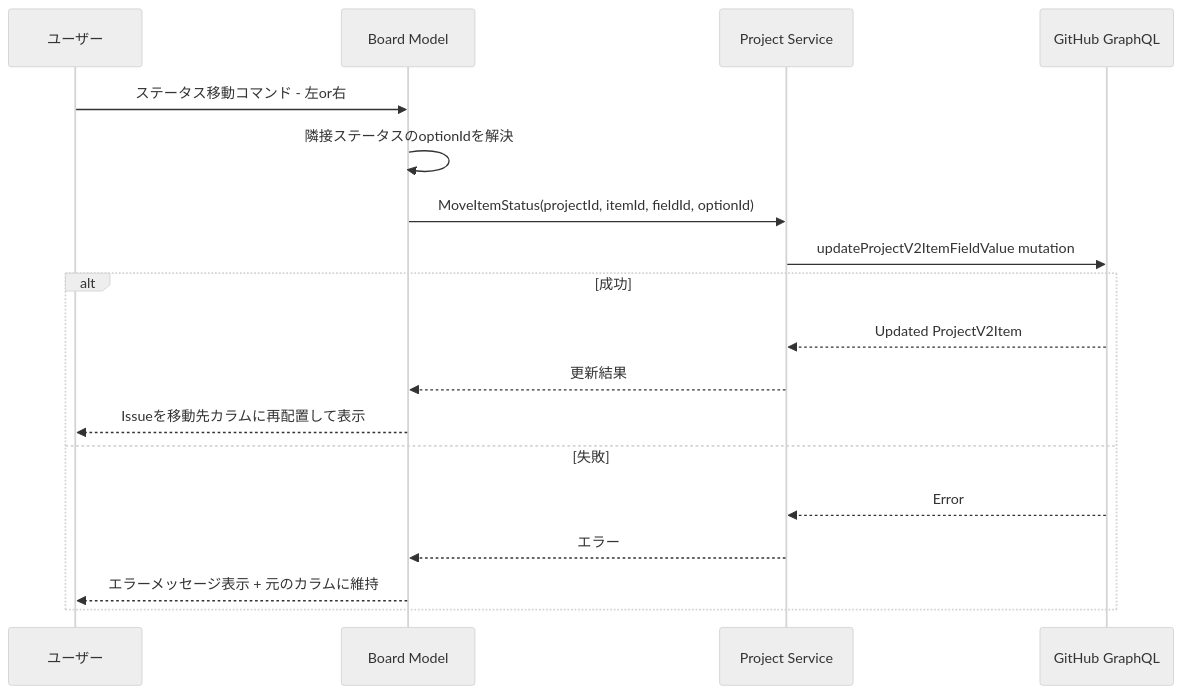
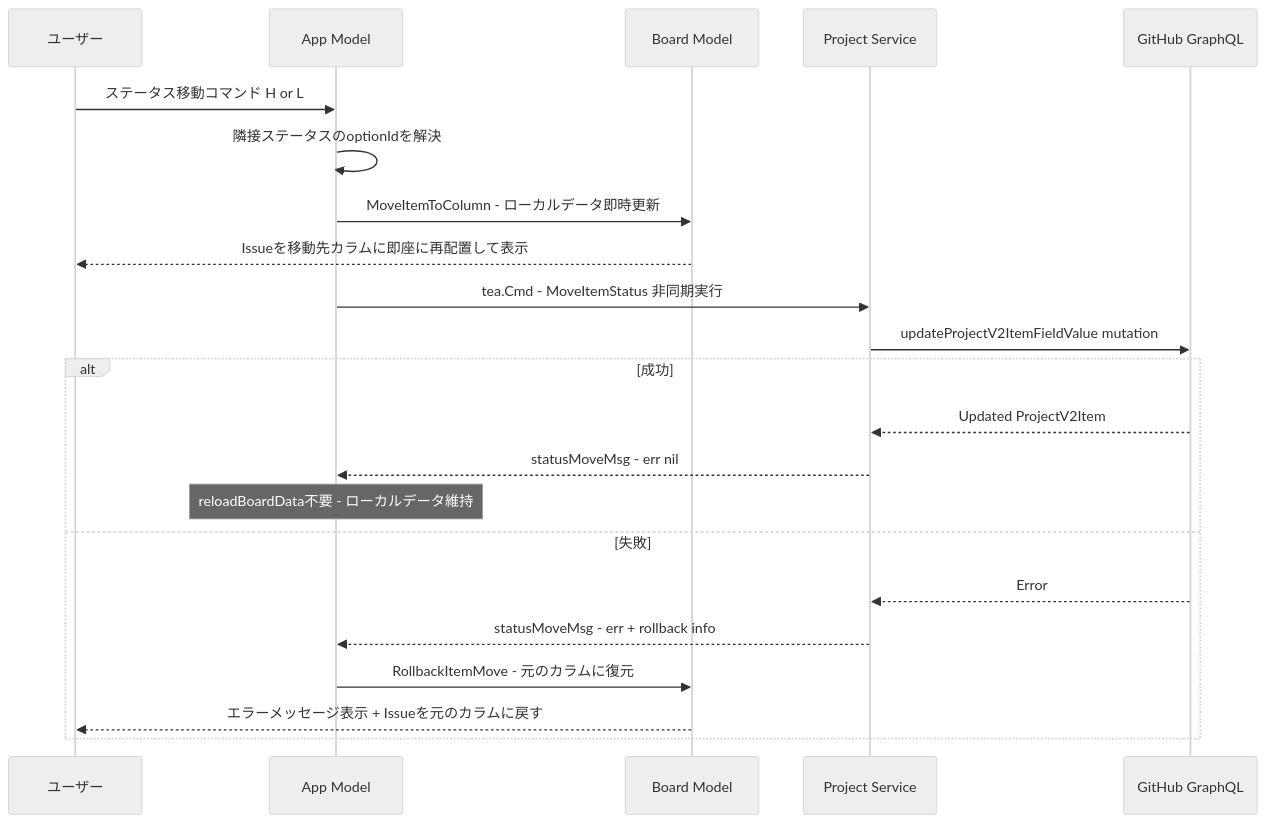
The fourth of 7 diagrams in .kiro/specs/gh-issue-kanban-tui/design.md (masamichhhhi/gh-tuissue), drawn with Mermaid (neutral theme) before and after one commit. The commit also changed other lines of this file and 9 other files, not shown here.

````diff
--- a/.kiro/specs/gh-issue-kanban-tui/design.md
+++ b/.kiro/specs/gh-issue-kanban-tui/design.md
@@ -179,21 +179,25 @@
 ```mermaid
 sequenceDiagram
     participant U as ユーザー
+    participant App as App Model
     participant Board as Board Model
     participant PSvc as Project Service
     participant API as GitHub GraphQL
 
-    U->>Board: ステータス移動コマンド - 左or右
-    Board->>Board: 隣接ステータスのoptionIdを解決
-    Board->>PSvc: MoveItemStatus(projectId, itemId, fieldId, optionId)
+    U->>App: ステータス移動コマンド H or L
+    App->>App: 隣接ステータスのoptionIdを解決
+    App->>Board: MoveItemToColumn - ローカルデータ即時更新
+    Board-->>U: Issueを移動先カラムに即座に再配置して表示
+    App->>PSvc: tea.Cmd - MoveItemStatus 非同期実行
     PSvc->>API: updateProjectV2ItemFieldValue mutation
     alt 成功
         API-->>PSvc: Updated ProjectV2Item
-        PSvc-->>Board: 更新結果
-        Board-->>U: Issueを移動先カラムに再配置して表示
+        PSvc-->>App: statusMoveMsg - err nil
+        Note over App: reloadBoardData不要 - ローカルデータ維持
     else 失敗
         API-->>PSvc: Error
-        PSvc-->>Board: エラー
-        Board-->>U: エラーメッセージ表示 + 元のカラムに維持
+        PSvc-->>App: statusMoveMsg - err + rollback info
+        App->>Board: RollbackItemMove - 元のカラムに復元
+        Board-->>U: エラーメッセージ表示 + Issueを元のカラムに戻す
     end
 ```
````
